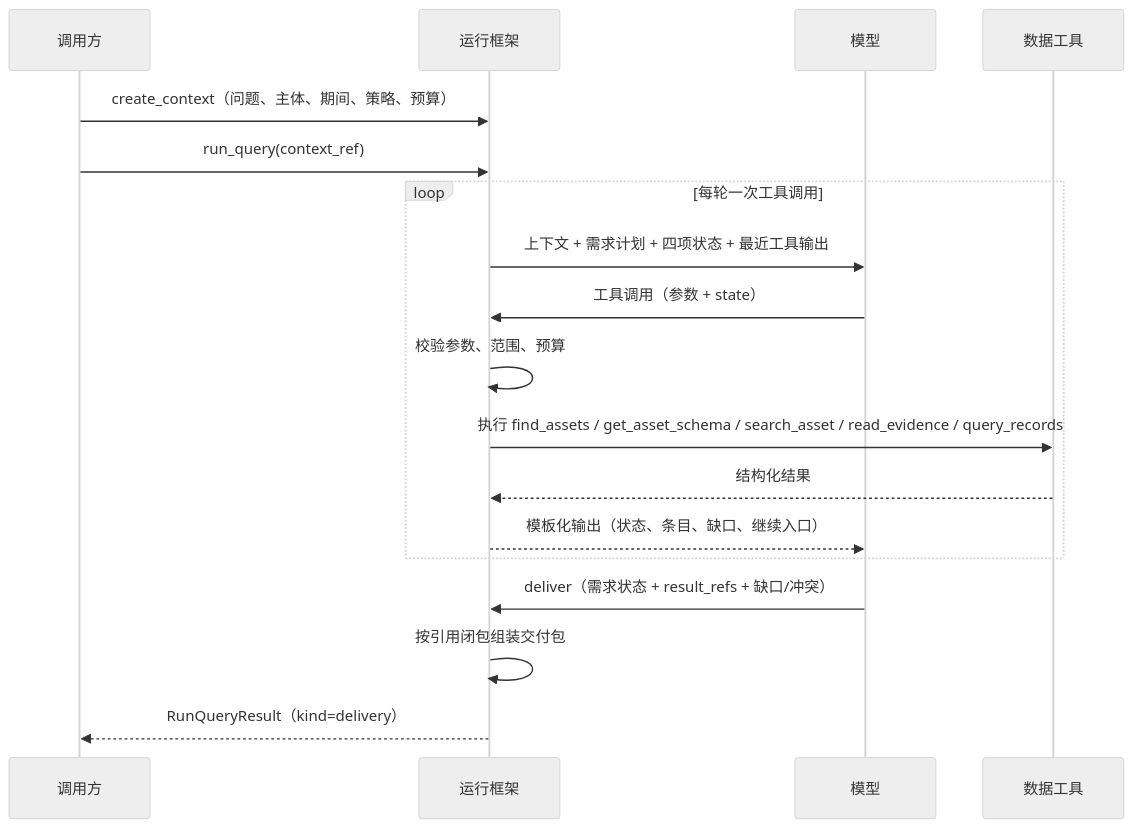
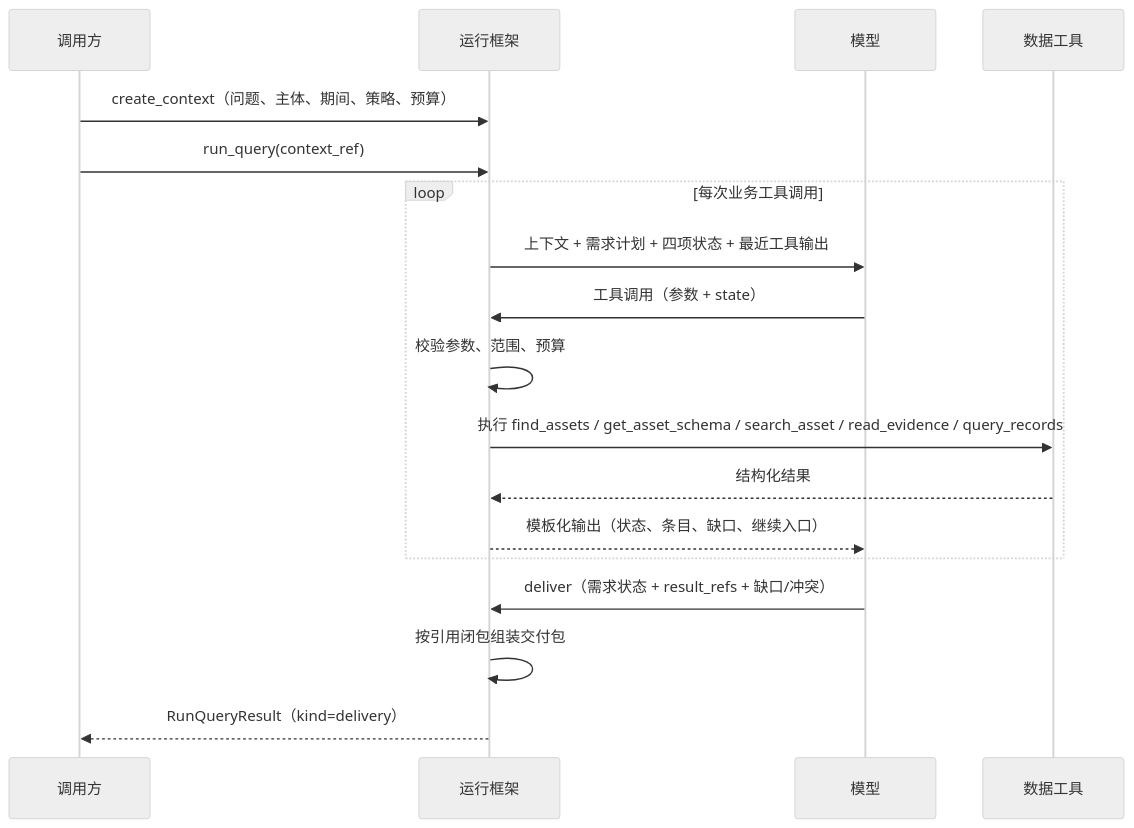
Before and after one commit to Rain1601/uteki.2026-10-23.archive: the fourth of 6 diagrams in docs/DATA_AGENT_FRAMEWORK_DESIGN.zh-CN.md, drawn with Mermaid (neutral theme). The commit also changed other lines of this file and 13 other files, not shown here.

````diff
--- a/docs/DATA_AGENT_FRAMEWORK_DESIGN.zh-CN.md
+++ b/docs/DATA_AGENT_FRAMEWORK_DESIGN.zh-CN.md
@@ -1600,20 +2375,20 @@
 ```mermaid
 sequenceDiagram
     participant C as 调用方
     participant F as 运行框架
     participant M as 模型
     participant T as 数据工具
     C->>F: create_context（问题、主体、期间、策略、预算）
     C->>F: run_query(context_ref)
-    loop 每轮一次工具调用
+    loop 每次业务工具调用
         F->>M: 上下文 + 需求计划 + 四项状态 + 最近工具输出
         M->>F: 工具调用（参数 + state）
         F->>F: 校验参数、范围、预算
         F->>T: 执行 find_assets / get_asset_schema / search_asset / read_evidence / query_records
         T-->>F: 结构化结果
         F-->>M: 模板化输出（状态、条目、缺口、继续入口）
     end
     M->>F: deliver（需求状态 + result_refs + 缺口/冲突）
     F->>F: 按引用闭包组装交付包
     F-->>C: RunQueryResult（kind=delivery）
 ```
````
